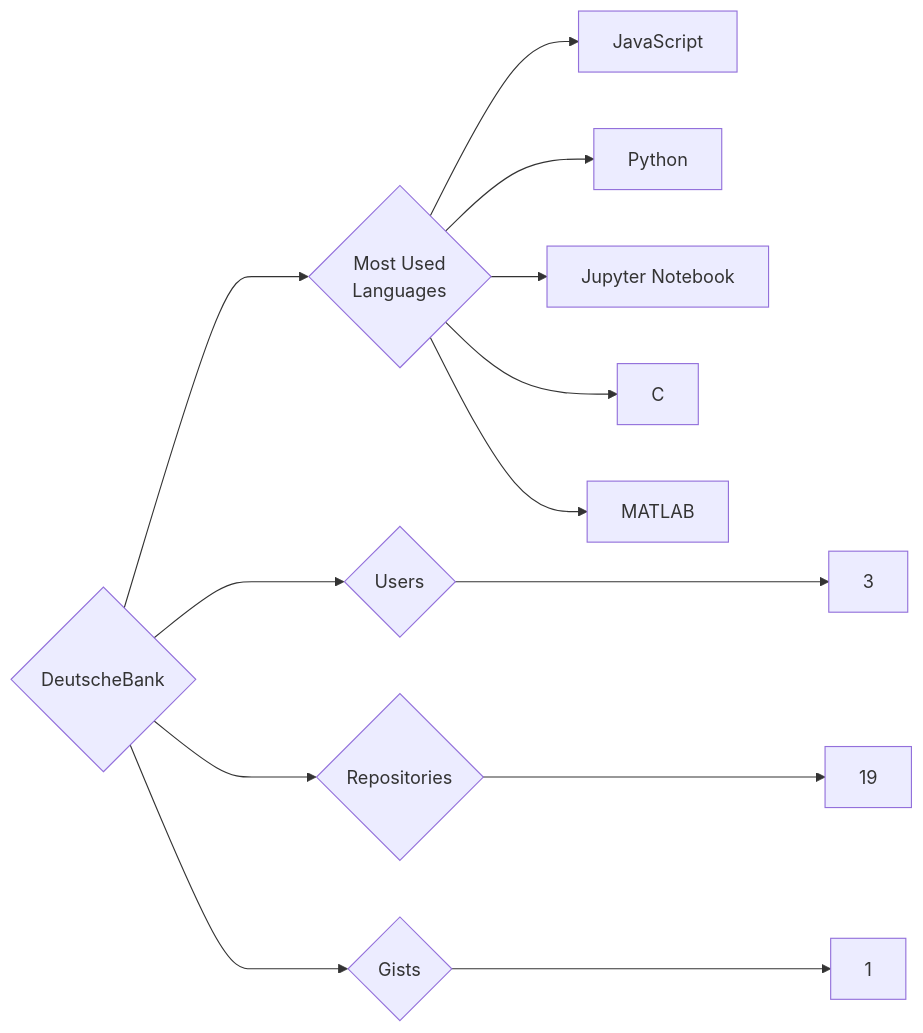
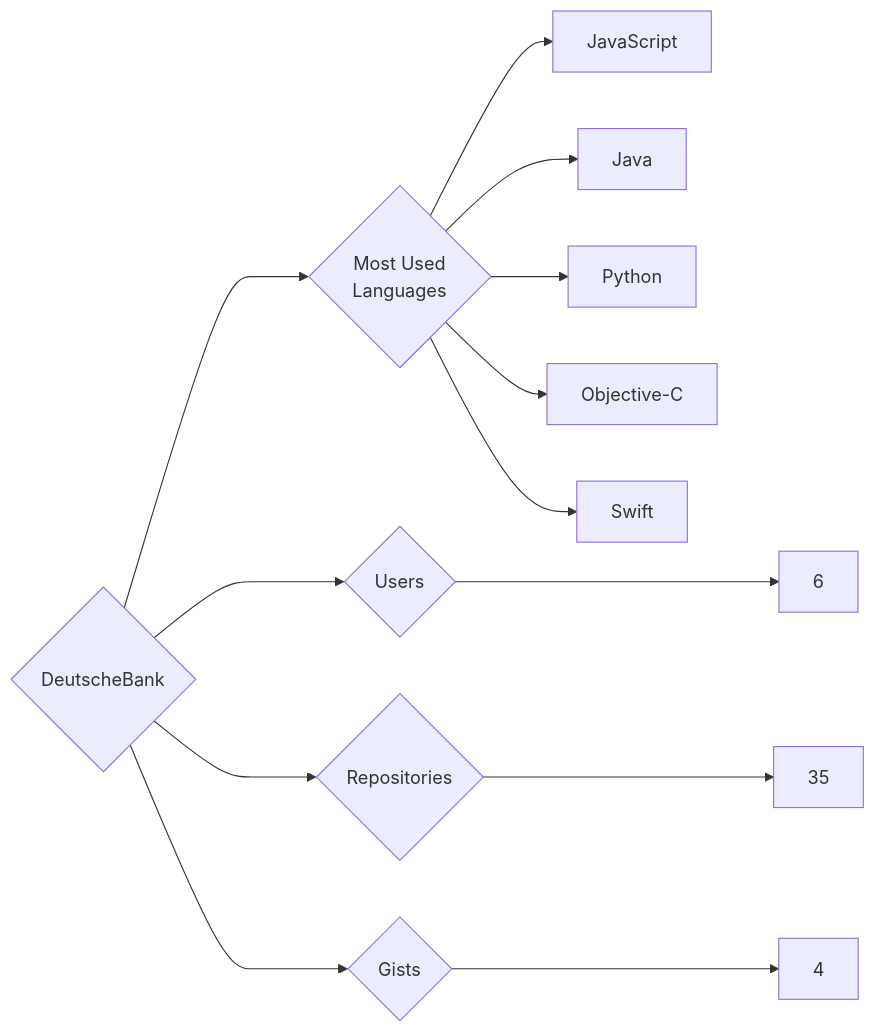
Before and after one commit to trickest/insiders: the diagram in targets/DeutscheBank/README.md, drawn with Mermaid. The commit also changed 1149 other files, not shown here.

````diff
--- a/targets/DeutscheBank/README.md
+++ b/targets/DeutscheBank/README.md
@@ -3,13 +3,13 @@
 ```mermaid
 graph LR
 COMPANY_NAME{DeutscheBank}
-COMPANY_NAME ---> U{Users} ---> UN[3]
-COMPANY_NAME ---> R{Repositories} ---> RN[19]
-COMPANY_NAME ---> G{Gists} ---> GN[1]
+COMPANY_NAME ---> U{Users} ---> UN[6]
+COMPANY_NAME ---> R{Repositories} ---> RN[35]
+COMPANY_NAME ---> G{Gists} ---> GN[4]
 COMPANY_NAME ---> ML{Most Used<br>Languages}
 ML --> JavaScript[JavaScript]
+ML --> Java[Java]
 ML --> Python[Python]
-ML --> Jupyter_Notebook[Jupyter Notebook]
-ML --> C[C]
-ML --> MATLAB[MATLAB]
+ML --> Objective-C[Objective-C]
+ML --> Swift[Swift]
 ```
````
